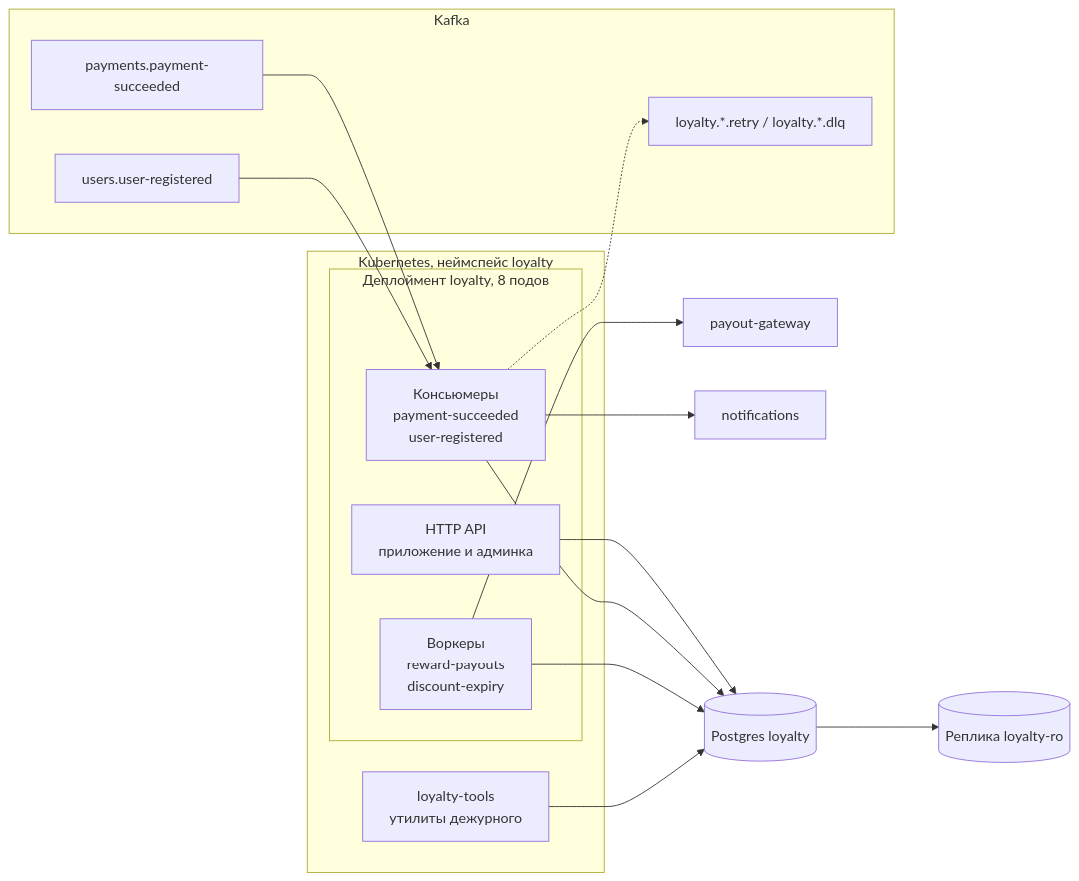
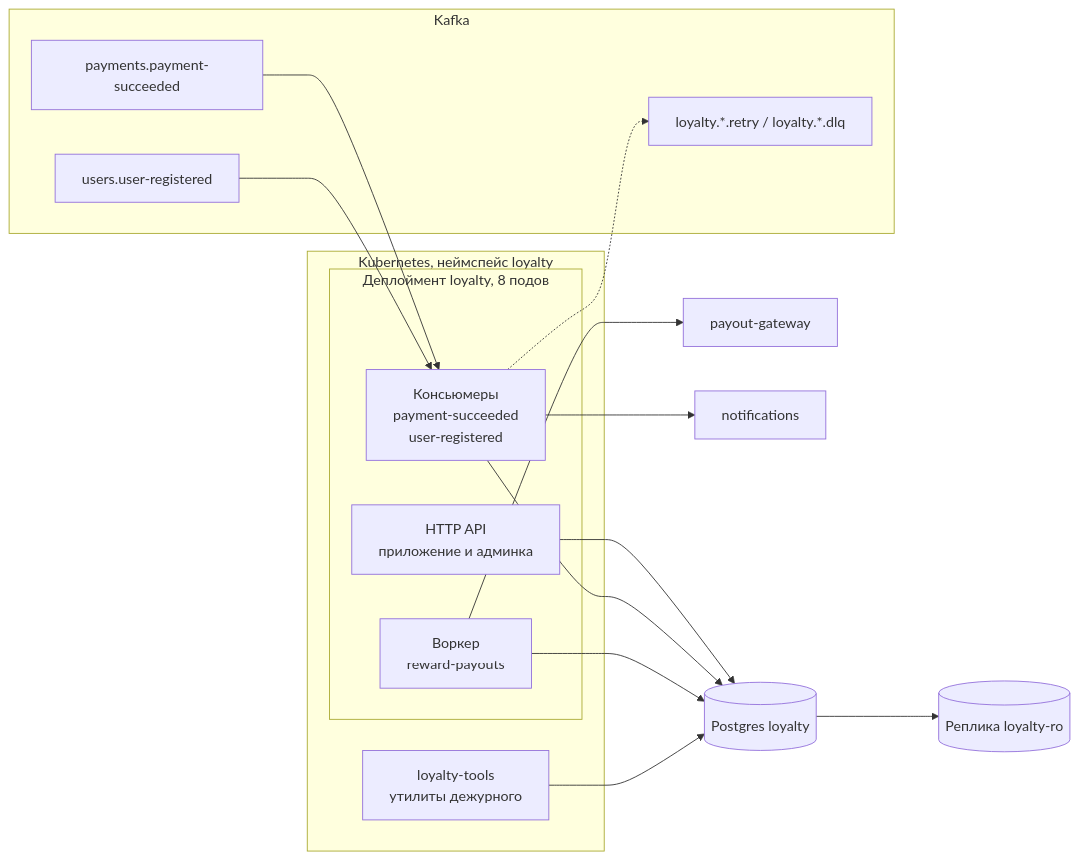
One commit to rusinikita/podlodka_loyalty_cases_example changed the second of 4 diagrams in README.md. Above: the diagram before and after it, drawn with Mermaid. The commit also changed other lines of this file and 4 other files, not shown here.

Commit message:
Drop discount-expiry worker and unused limits, trim order-history spec

````diff
--- a/README.md
+++ b/README.md
@@ -52,34 +52,34 @@
 ```mermaid
 flowchart LR
   subgraph K8S["Kubernetes, неймспейс loyalty"]
     subgraph POD["Деплоймент loyalty, 8 подов"]
       api["HTTP API<br/>приложение и админка"]
       cons["Консьюмеры<br/>payment-succeeded<br/>user-registered"]
-      work["Воркеры<br/>reward-payouts<br/>discount-expiry"]
+      work["Воркер<br/>reward-payouts"]
     end
     tools["loyalty-tools<br/>утилиты дежурного"]
   end
 
   db[("Postgres loyalty")]
   ro[("Реплика loyalty-ro")]
 
   subgraph KAFKA["Kafka"]
     tPay["payments.payment-succeeded"]
     tReg["users.user-registered"]
     tRetry["loyalty.*.retry / loyalty.*.dlq"]
   end
 
   payout["payout-gateway"]
   notif["notifications"]
 
   tPay --> cons
   tReg --> cons
   cons -.-> tRetry
   api --> db
   cons --> db
   work --> db
   tools --> db
   db --> ro
   work --> payout
   cons --> notif
 ```
````
